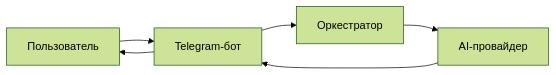
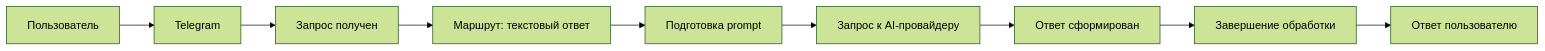
The first of 6 diagrams in USER_GUIDE.md (AlexLvGulyaev/Assistant-Flow), drawn with Mermaid (forest theme) before and after one commit. The commit also changed other lines of this file, not shown here.

Commit message:
docs: user_guide_diagramm

````diff
--- a/USER_GUIDE.md
+++ b/USER_GUIDE.md
@@ -49,8 +51,11 @@
 ```mermaid
 flowchart LR
-    U[Пользователь] --> TG[Telegram-бот]
-    TG --> ORCH[Оркестратор]
-    ORCH --> LLM[AI-провайдер]
-    LLM --> TG
-    TG --> U
+    U[Пользователь] --> TG[Telegram]
+    TG --> S1[Запрос получен]
+    S1 --> S2[Маршрут: текстовый ответ]
+    S2 --> S3[Подготовка prompt]
+    S3 --> S4[Запрос к AI-провайдеру]
+    S4 --> S5[Ответ сформирован]
+    S5 --> S6[Завершение обработки]
+    S6 --> A[Ответ пользователю]
 ```
````
